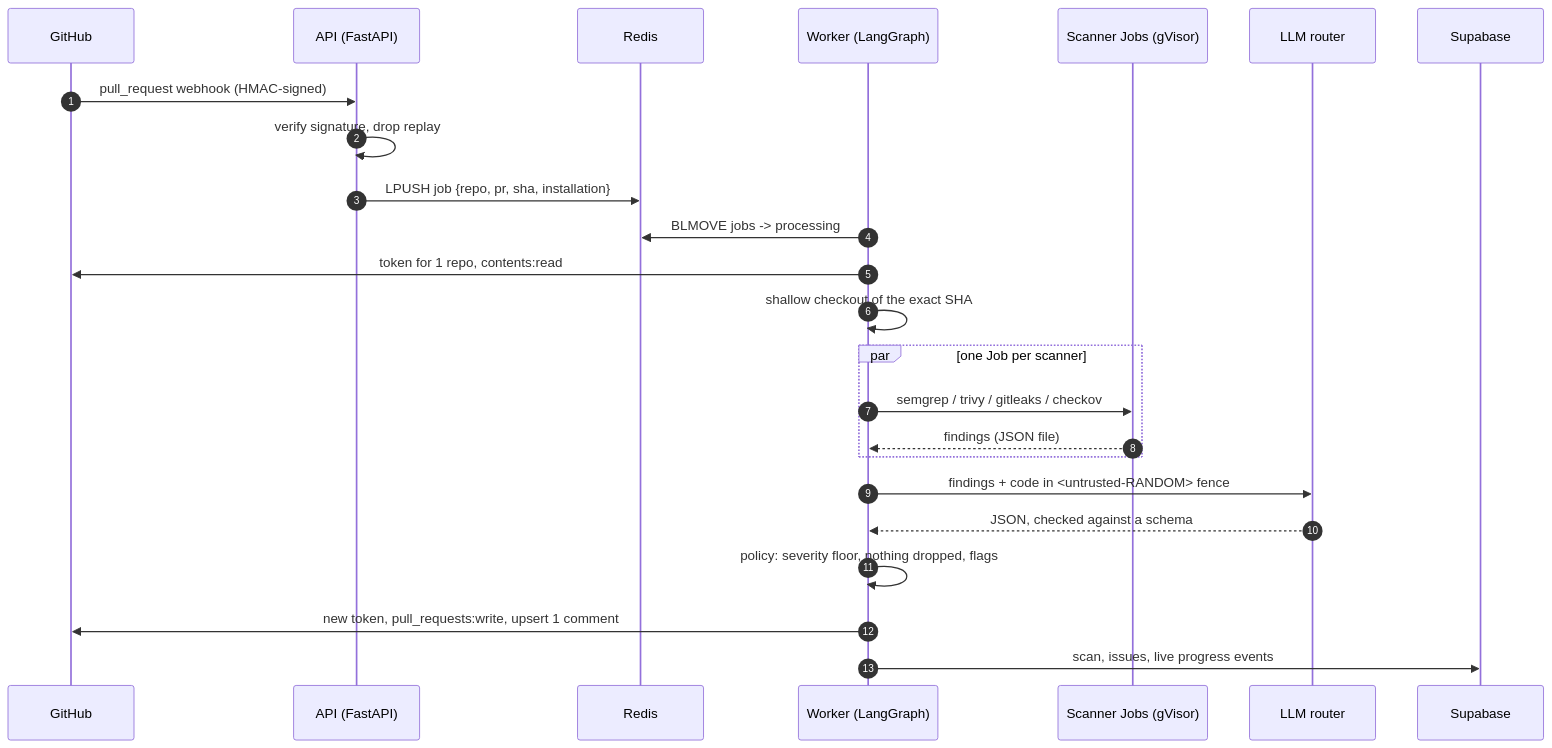
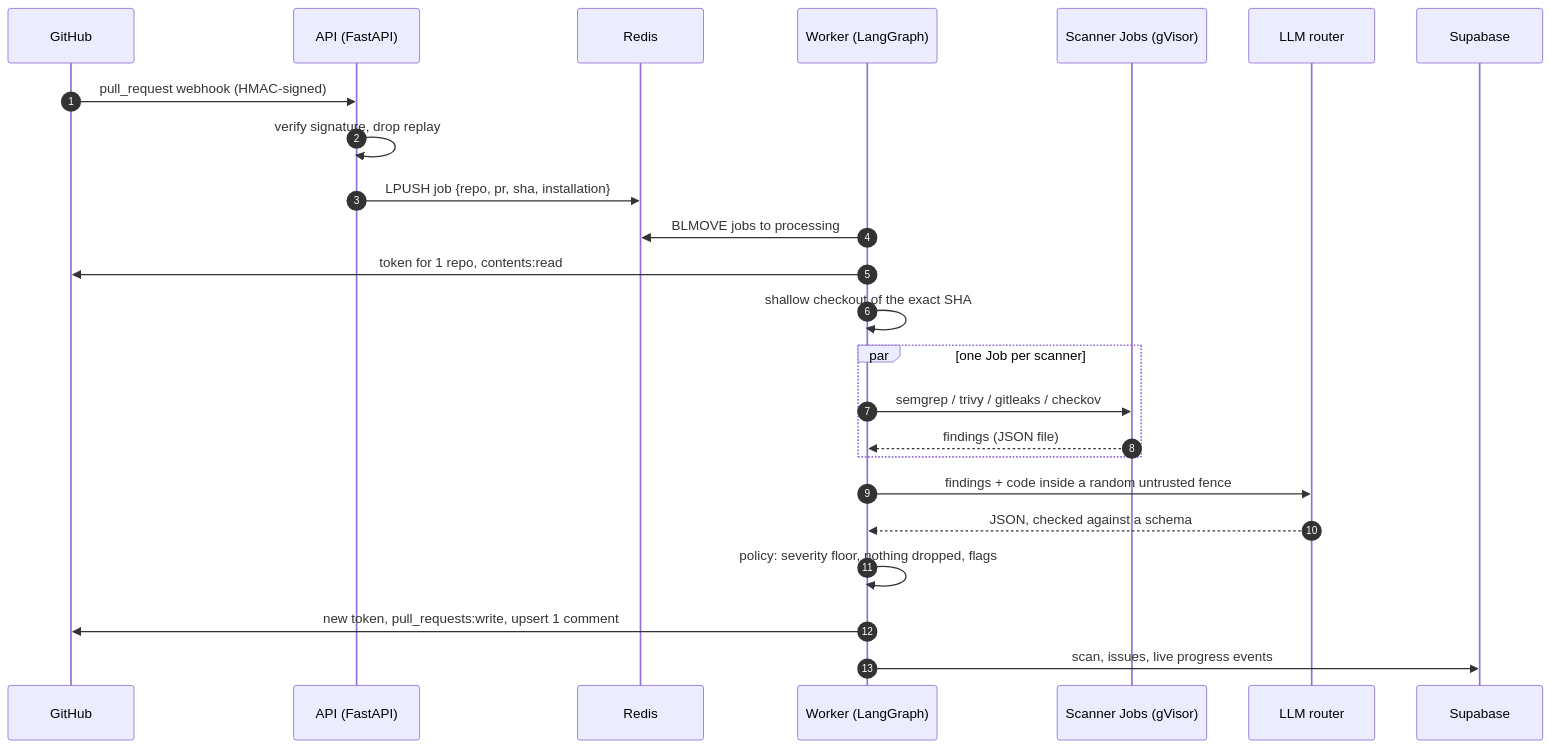
One commit to dhiasalah/-Sentinel-Agentic-DevSecOps-Reviewer changed the first of 3 diagrams in README.md. Above: the diagram before and after it, drawn with Mermaid.

Commit message:
docs: plain text in the sequence diagram so GitHub renders it as written

````diff
--- a/README.md
+++ b/README.md
@@ -41,26 +41,26 @@
 ```mermaid
 sequenceDiagram
     autonumber
     participant GH as GitHub
     participant API as API (FastAPI)
     participant Q as Redis
     participant W as Worker (LangGraph)
     participant J as Scanner Jobs (gVisor)
     participant AI as LLM router
     participant DB as Supabase
     GH->>API: pull_request webhook (HMAC-signed)
     API->>API: verify signature, drop replay
     API->>Q: LPUSH job {repo, pr, sha, installation}
-    W->>Q: BLMOVE jobs -> processing
+    W->>Q: BLMOVE jobs to processing
     W->>GH: token for 1 repo, contents:read
     W->>W: shallow checkout of the exact SHA
     par one Job per scanner
         W->>J: semgrep / trivy / gitleaks / checkov
         J-->>W: findings (JSON file)
     end
-    W->>AI: findings + code in <untrusted-RANDOM> fence
+    W->>AI: findings + code inside a random untrusted fence
     AI-->>W: JSON, checked against a schema
     W->>W: policy: severity floor, nothing dropped, flags
     W->>GH: new token, pull_requests:write, upsert 1 comment
     W->>DB: scan, issues, live progress events
 ```
````
